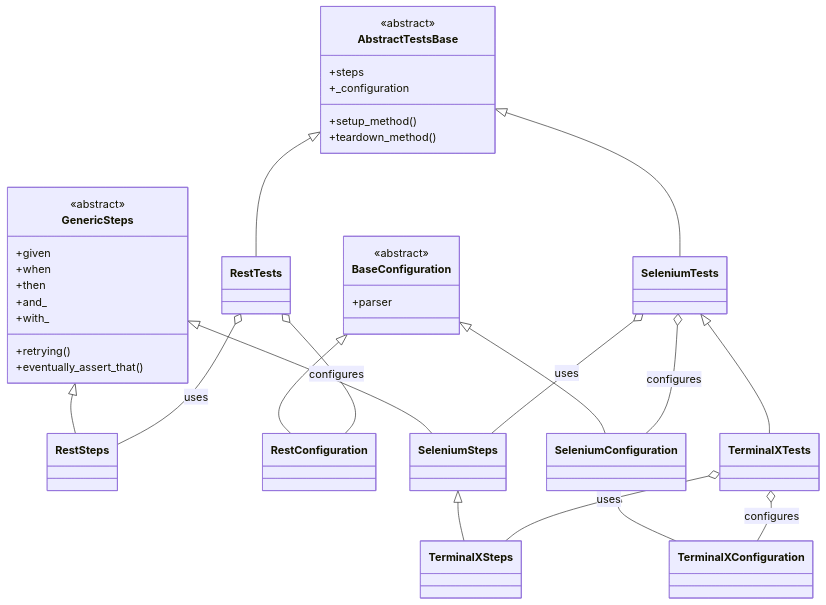
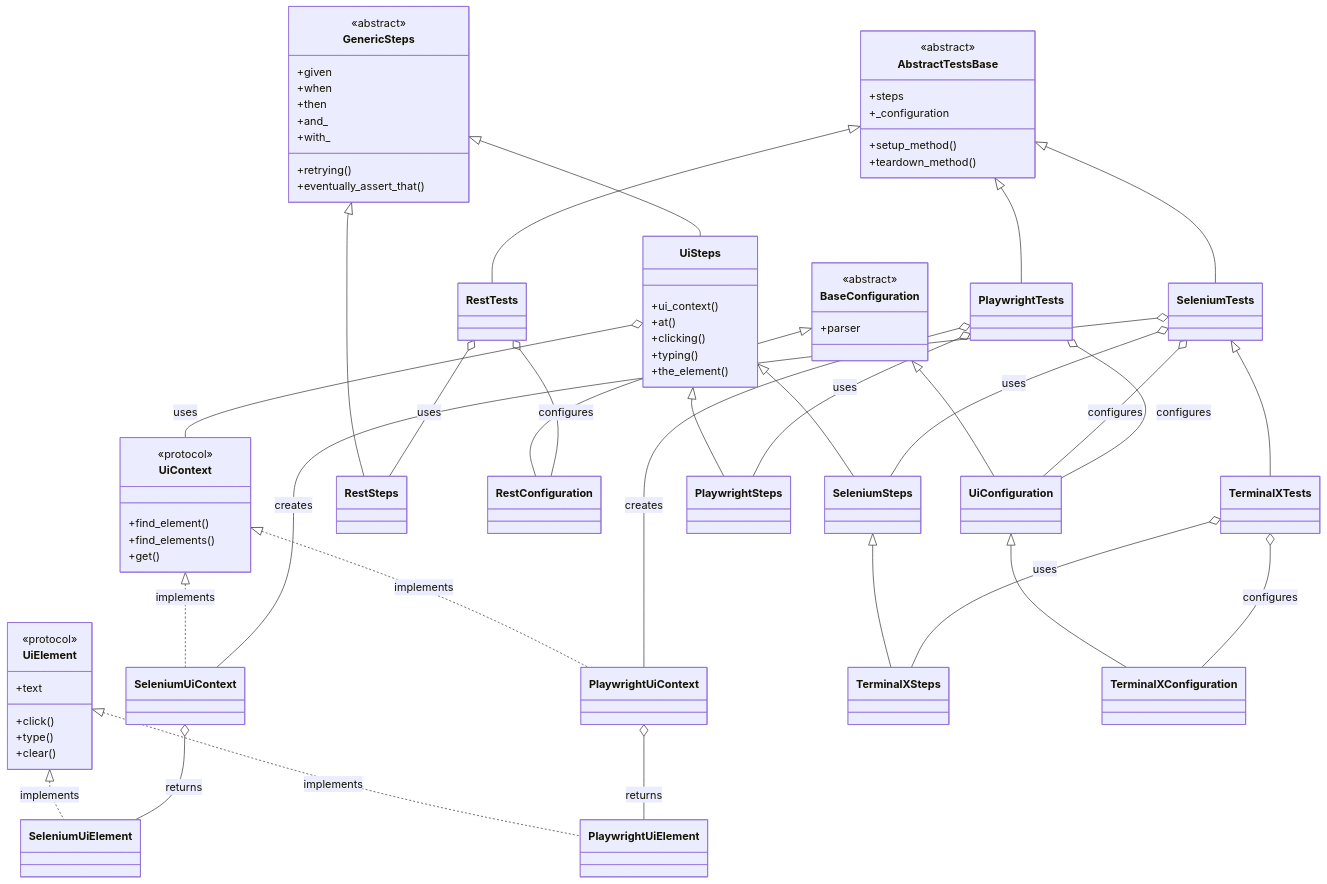
One commit to QA-Automation-Starter/qa-automation-python changed the second of 2 diagrams in docs/architecture.md. Above: the diagram before and after it, drawn with Mermaid. The commit also changed other lines of this file and 1 other file, not shown here.

Commit message:
refactor: Enhance architecture documentation with UI protocols and backend-agnostic design; update switching guide for Selenium to Playwright

```diff
--- a/docs/architecture.md
+++ b/docs/architecture.md
@@ -52,6 +52,31 @@
         +parser
     }
 
+    %% UI Protocols
+    class UiElement {
+        <<protocol>>
+        +click()
+        +type()
+        +clear()
+        +text
+    }
+    class UiContext {
+        <<protocol>>
+        +find_element()
+        +find_elements()
+        +get()
+    }
+
+    %% Backend-Agnostic UI Layer
+    class UiConfiguration
+    class UiSteps {
+        +ui_context()
+        +at()
+        +clicking()
+        +typing()
+        +the_element()
+    }
+
     %% Technology-Specific Extensions
     class RestTests
     class RestSteps
@@ -59,34 +84,59 @@
 
     class SeleniumTests
     class SeleniumSteps
-    class SeleniumConfiguration
+    class SeleniumUiElement
+    class SeleniumUiContext
+
+    class PlaywrightTests
+    class PlaywrightSteps
+    class PlaywrightUiElement
+    class PlaywrightUiContext
 
     %% Example: Custom Extension
     class TerminalXTests
     class TerminalXSteps
     class TerminalXConfiguration
 
-    %% Relationships
+    %% Core Relationships
     AbstractTestsBase <|-- RestTests
     AbstractTestsBase <|-- SeleniumTests
+    AbstractTestsBase <|-- PlaywrightTests
     SeleniumTests <|-- TerminalXTests
 
     GenericSteps <|-- RestSteps
-    GenericSteps <|-- SeleniumSteps
+    GenericSteps <|-- UiSteps
+    UiSteps <|-- SeleniumSteps
+    UiSteps <|-- PlaywrightSteps
     SeleniumSteps <|-- TerminalXSteps
 
     BaseConfiguration <|-- RestConfiguration
-    BaseConfiguration <|-- SeleniumConfiguration
-    SeleniumConfiguration <|-- TerminalXConfiguration
+    BaseConfiguration <|-- UiConfiguration
+    UiConfiguration <|-- TerminalXConfiguration
 
+    %% Protocol Implementations
+    UiElement <|.. SeleniumUiElement : implements
+    UiElement <|.. PlaywrightUiElement : implements
+    UiContext <|.. SeleniumUiContext : implements
+    UiContext <|.. PlaywrightUiContext : implements
+
+    %% Usage Relationships
     RestTests o-- RestSteps : uses
     RestTests o-- RestConfiguration : configures
 
     SeleniumTests o-- SeleniumSteps : uses
-    SeleniumTests o-- SeleniumConfiguration : configures
+    SeleniumTests o-- UiConfiguration : configures
+    SeleniumTests o-- SeleniumUiContext : creates
+
+    PlaywrightTests o-- PlaywrightSteps : uses
+    PlaywrightTests o-- UiConfiguration : configures
+    PlaywrightTests o-- PlaywrightUiContext : creates
 
     TerminalXTests o-- TerminalXSteps : uses
     TerminalXTests o-- TerminalXConfiguration : configures
+
+    UiSteps o-- UiContext : uses
+    SeleniumUiContext o-- SeleniumUiElement : returns
+    PlaywrightUiContext o-- PlaywrightUiElement : returns
 
     %% Example extension note
     %% You can add new technologies by subclassing the three core abstractions:
```
